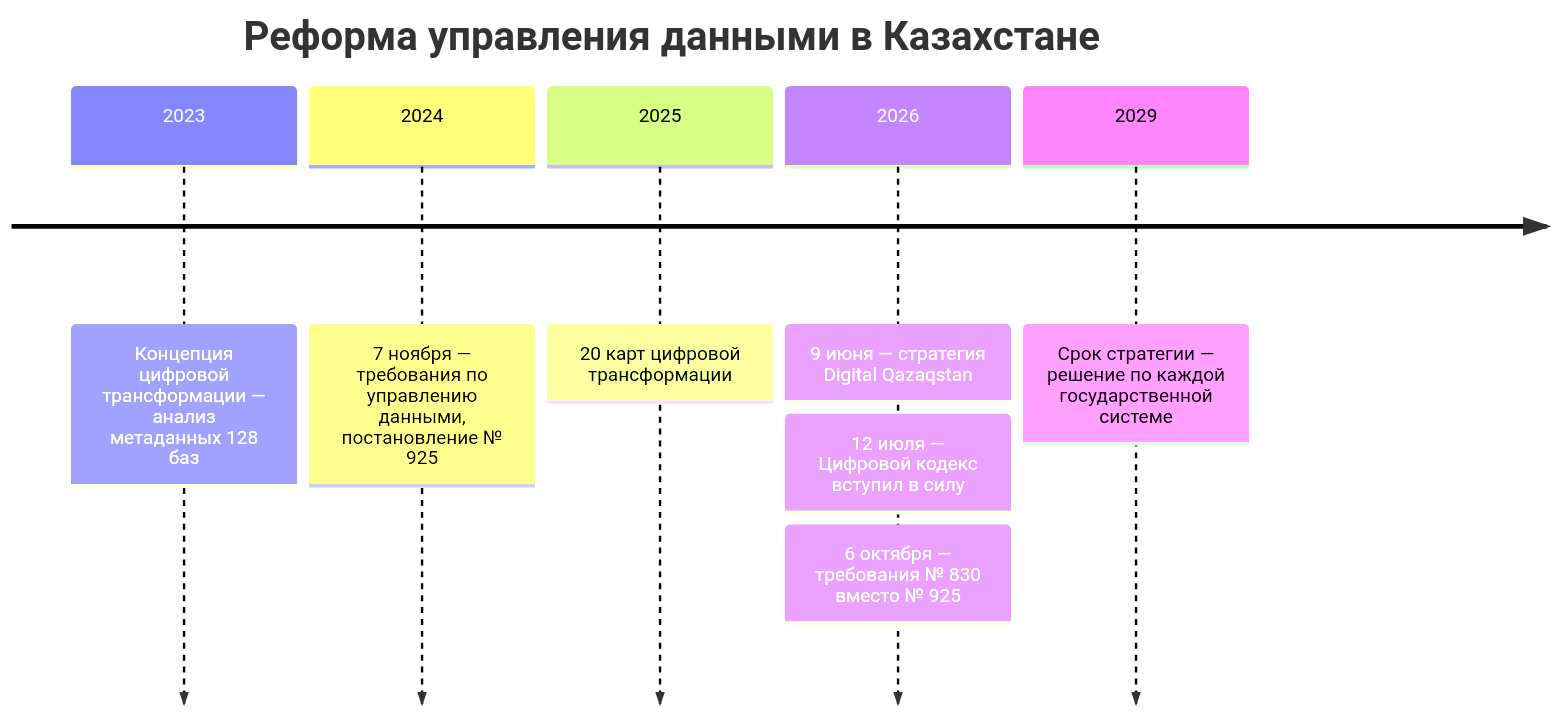
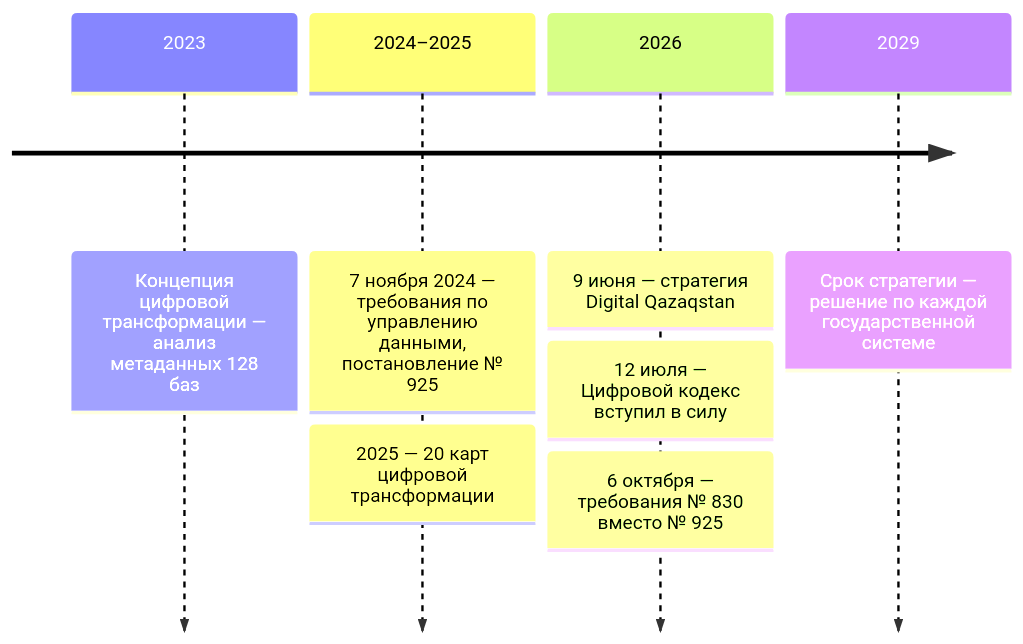
The second of 2 diagrams in docs/07-countries/01-kazakhstan.md (ivbeg/data-inventory), drawn with Mermaid before and after one commit. The commit also changed other lines of this file and 34 other files, not shown here.

First line of the commit message:
Читаемая карта от продукта и единый размер схем в PDF

````diff
--- a/docs/07-countries/01-kazakhstan.md
+++ b/docs/07-countries/01-kazakhstan.md
@@ -51,9 +51,13 @@
 ```mermaid
+---
+config:
+  timeline:
+    leftMargin: 0
+    padding: 10
+---
 timeline
-  title Реформа управления данными в Казахстане
   2023 : Концепция цифровой трансформации — анализ метаданных 128 баз
-  2024 : 7 ноября — требования по управлению данными, постановление № 925
-  2025 : 20 карт цифровой трансформации
+  2024–2025 : 7 ноября 2024 — требования по управлению данными, постановление № 925 : 2025 — 20 карт цифровой трансформации
   2026 : 9 июня — стратегия Digital Qazaqstan : 12 июля — Цифровой кодекс вступил в силу : 6 октября — требования № 830 вместо № 925
   2029 : Срок стратегии — решение по каждой государственной системе
 ```
````
